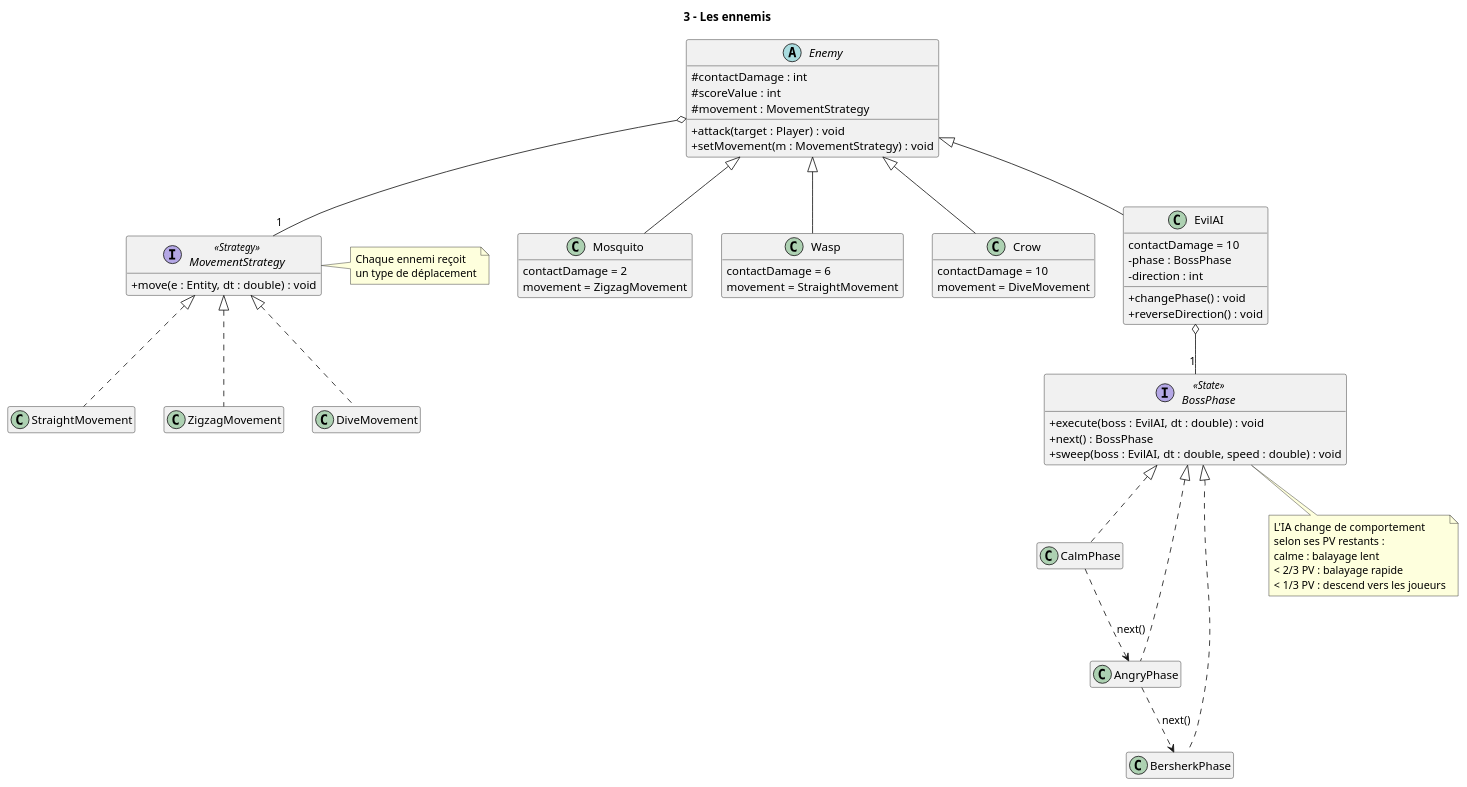
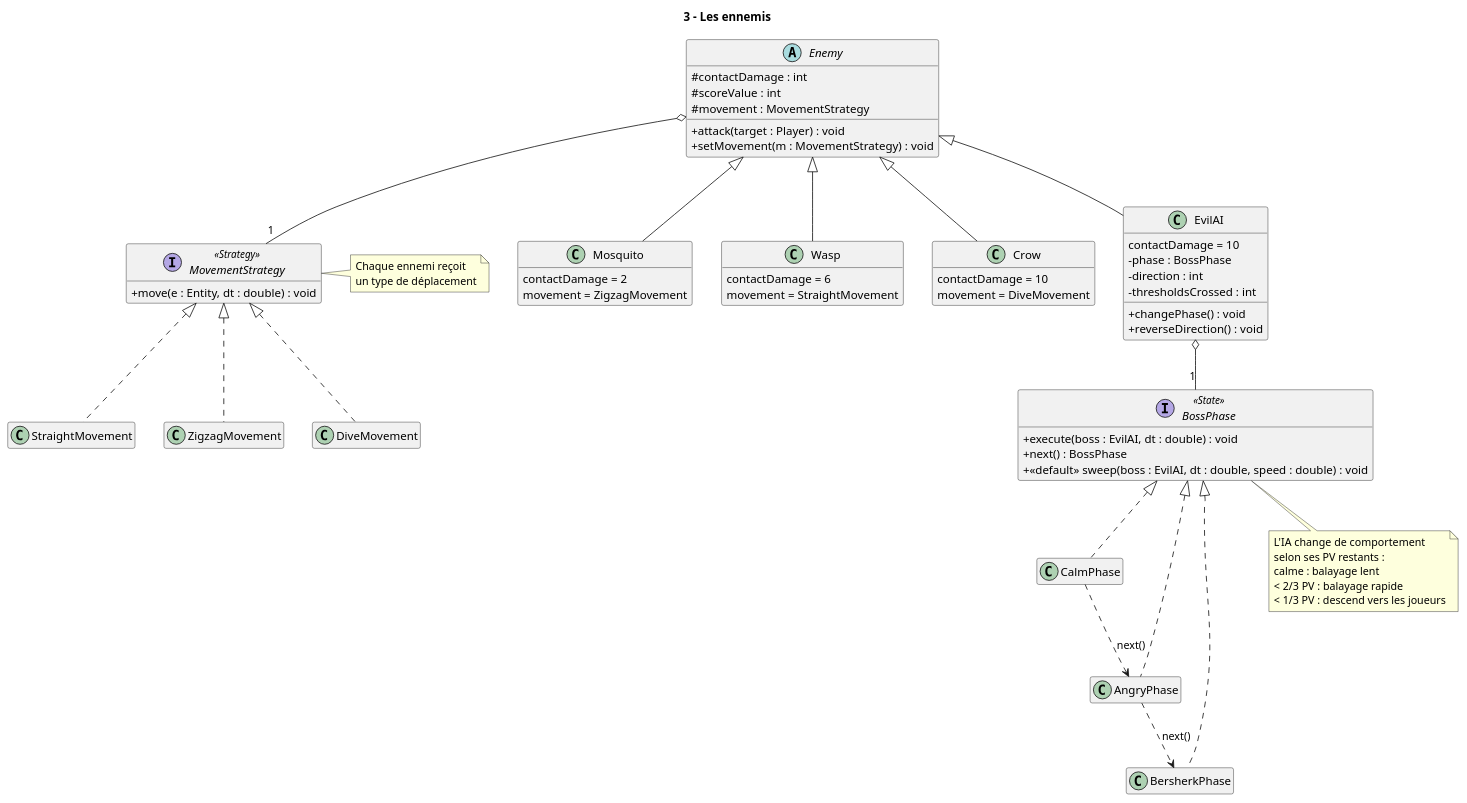
Before and after one commit to MeghCH/2d-Game-Natural-Fatal-IA: the diagram in Docs/Diagrammes/3_ennemis.puml, drawn with PlantUML. The commit also changed 5 other files, not shown here.

Commit message:
fix : réglages des diagrammes uml et Readme

```diff
--- a/Docs/Diagrammes/3_ennemis.puml
+++ b/Docs/Diagrammes/3_ennemis.puml
@@ -1,87 +1,88 @@
 @startuml 3_ennemis
 title 3 - Les ennemis
 
 skinparam classAttributeIconSize 0
 skinparam shadowing false
 hide empty members
 
 abstract class Enemy {
   # contactDamage : int
   # scoreValue : int
   # movement : MovementStrategy
   + attack(target : Player) : void
   + setMovement(m : MovementStrategy) : void
 }
 
 class Mosquito {
   contactDamage = 2
   movement = ZigzagMovement
 }
 
 class Wasp {
   contactDamage = 6
   movement = StraightMovement
 }
 
 class Crow {
   contactDamage = 10
   movement = DiveMovement
 }
 
 class EvilAI {
   contactDamage = 10
   - phase : BossPhase
   - direction : int
+  - thresholdsCrossed : int
   + changePhase() : void
   + reverseDirection() : void
 }
 
 interface MovementStrategy <<Strategy>> {
   + move(e : Entity, dt : double) : void
 }
 
 class StraightMovement
 class ZigzagMovement
 class DiveMovement
 
 interface BossPhase <<State>> {
   + execute(boss : EvilAI, dt : double) : void
   + next() : BossPhase
-  + sweep(boss : EvilAI, dt : double, speed : double) : void
+  + <<default>> sweep(boss : EvilAI, dt : double, speed : double) : void
 }
 
 class CalmPhase
 class AngryPhase
 class BersherkPhase
 
 Enemy <|-- Mosquito
 Enemy <|-- Wasp
 Enemy <|-- Crow
 Enemy <|-- EvilAI
 
 Enemy o-- "1" MovementStrategy
 MovementStrategy <|.. StraightMovement
 MovementStrategy <|.. ZigzagMovement
 MovementStrategy <|.. DiveMovement
 
 EvilAI o-- "1" BossPhase
 BossPhase <|.. CalmPhase
 BossPhase <|.. AngryPhase
 BossPhase <|.. BersherkPhase
 CalmPhase ..> AngryPhase : next()
 AngryPhase ..> BersherkPhase : next()
 
 note right of MovementStrategy
   Chaque ennemi reçoit
   un type de déplacement
 end note
 
 note bottom of BossPhase
   L'IA change de comportement
   selon ses PV restants :
   calme : balayage lent
   < 2/3 PV : balayage rapide
   < 1/3 PV : descend vers les joueurs
 end note
 
 @enduml
```
